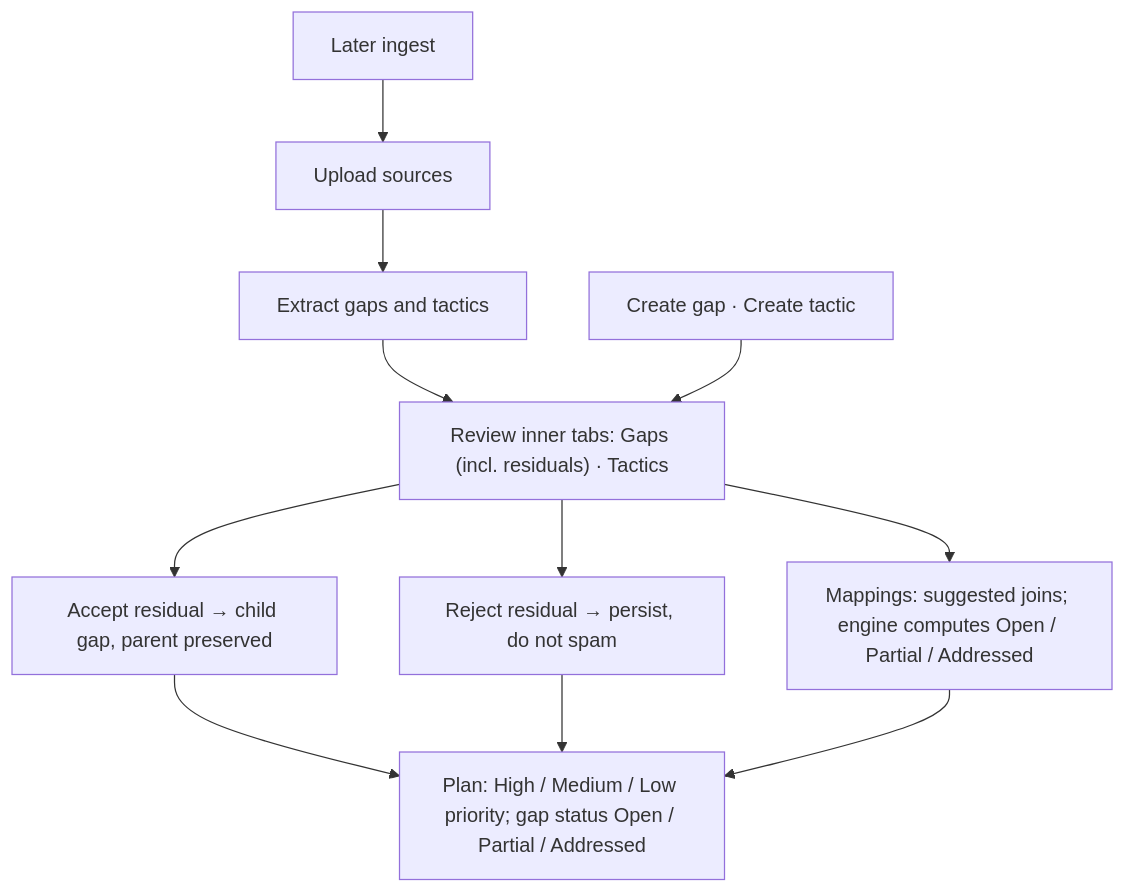
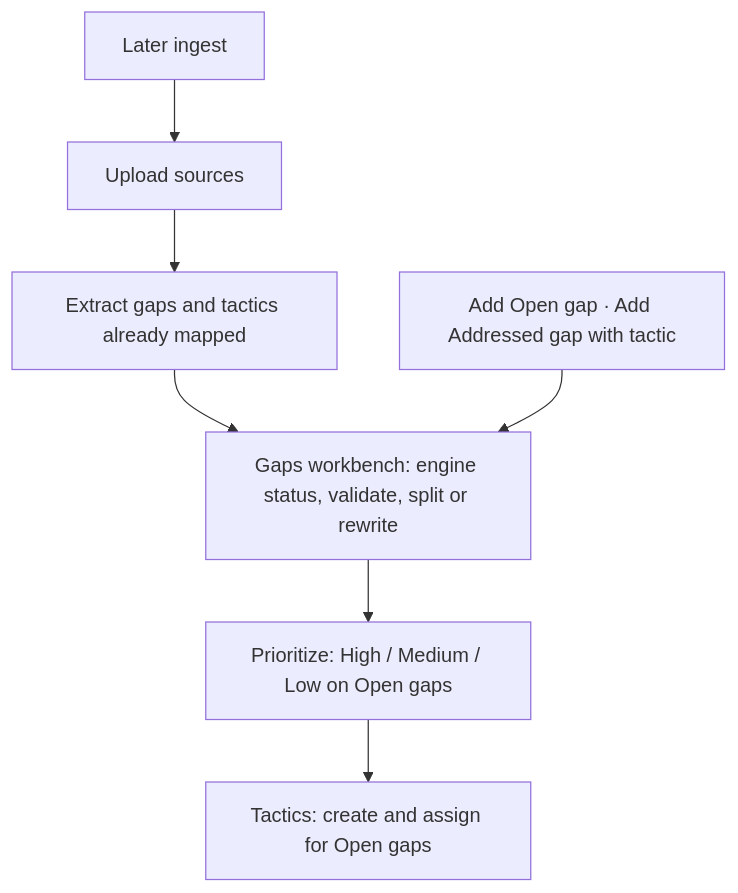
Before and after one commit to Shashb21/synapse: the first of 2 diagrams in docs/problem-and-solution.md, drawn with Mermaid. The commit also changed other lines of this file and 17 other files, not shown here.

First line of the commit message:
Finish Gaps workbench: Partial must split or rewrite.

````diff
--- a/docs/problem-and-solution.md
+++ b/docs/problem-and-solution.md
@@ -50,22 +50,16 @@
 ```mermaid
 flowchart TD
   upload["Upload sources"]
-  extract["Extract gaps and tactics"]
-  review["Review inner tabs: Gaps (incl. residuals) · Tactics"]
-  create["Create gap · Create tactic"]
-  acceptChild["Accept residual → child gap, parent preserved"]
-  rejectChild["Reject residual → persist, do not spam"]
-  map["Mappings: suggested joins; engine computes Open / Partial / Addressed"]
-  board["Plan: High / Medium / Low priority; gap status Open / Partial / Addressed"]
+  extract["Extract gaps and tactics already mapped"]
+  gaps["Gaps workbench: engine status, validate, split or rewrite"]
+  create["Add Open gap · Add Addressed gap with tactic"]
+  pri["Prioritize: High / Medium / Low on Open gaps"]
+  tac["Tactics: create and assign for Open gaps"]
   later["Later ingest"]
   upload --> extract
-  extract --> review
-  create --> review
-  review --> acceptChild
-  review --> rejectChild
-  review --> map
-  acceptChild --> board
-  rejectChild --> board
-  map --> board
+  extract --> gaps
+  create --> gaps
+  gaps --> pri
+  pri --> tac
   later --> upload
 ```
````
